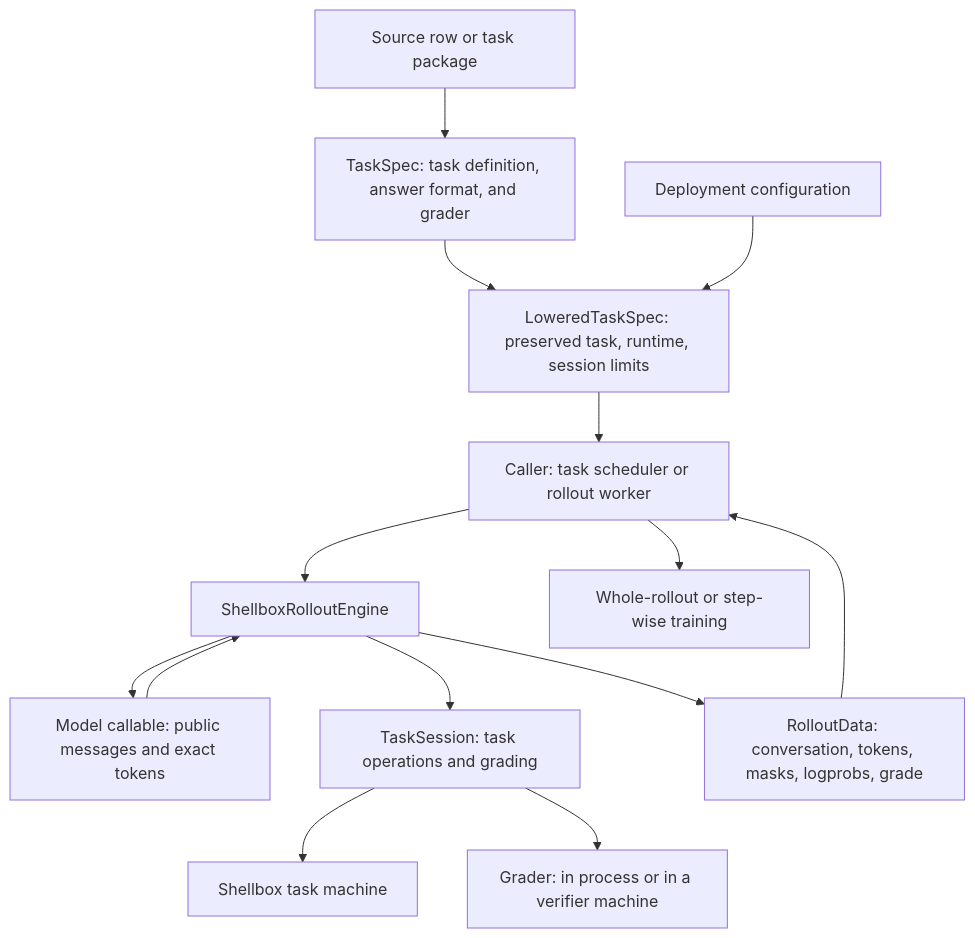
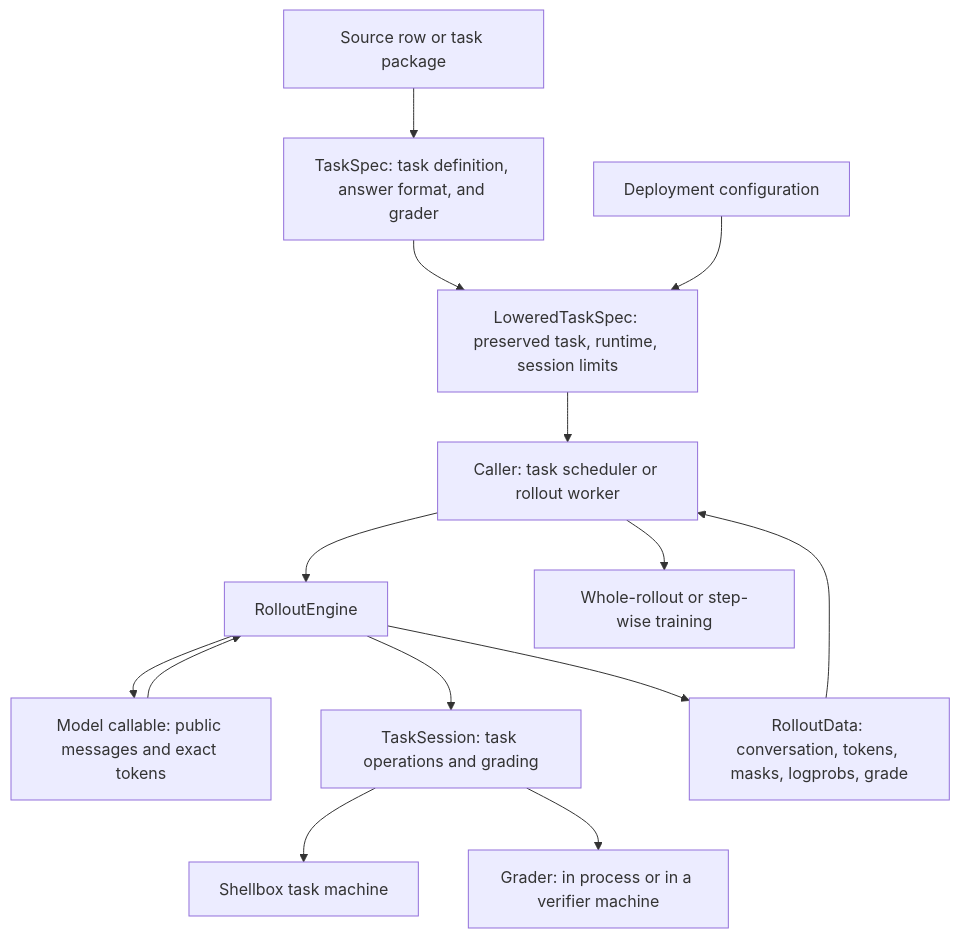
Before and after one commit to marin-community/marin: the first of 2 diagrams in docs/references/task-rollouts.md, drawn with Mermaid. The commit also changed other lines of this file and 6 other files, not shown here.

````diff
--- a/docs/references/task-rollouts.md
+++ b/docs/references/task-rollouts.md
@@ -9,16 +9,16 @@
 ```mermaid
 flowchart TD
     Source[Source row or task package] --> Task[TaskSpec: task definition, answer format, and grader]
     Task --> Lower[LoweredTaskSpec: preserved task, runtime, session limits]
     Config[Deployment configuration] --> Lower
     Lower --> Worker[Caller: task scheduler or rollout worker]
-    Worker --> Engine[ShellboxRolloutEngine]
+    Worker --> Engine[RolloutEngine]
     Engine --> Model[Model callable: public messages and exact tokens]
     Model --> Engine
     Engine --> Session[TaskSession: task operations and grading]
     Session --> Machine[Shellbox task machine]
     Session --> Grader[Grader: in process or in a verifier machine]
     Engine --> Record[RolloutData: conversation, tokens, masks, logprobs, grade]
     Record --> Worker
     Worker --> Train[Whole-rollout or step-wise training]
 ```
````
